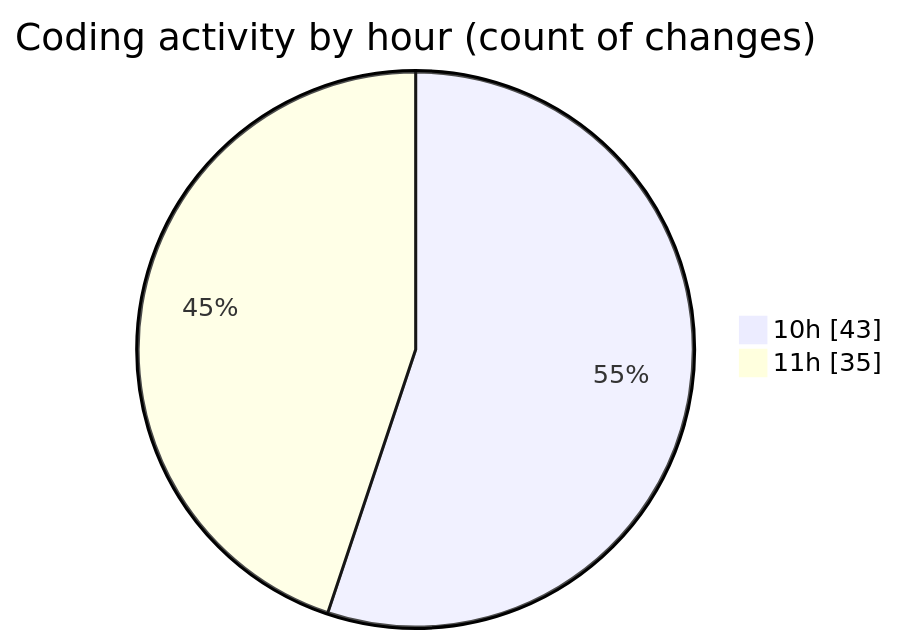
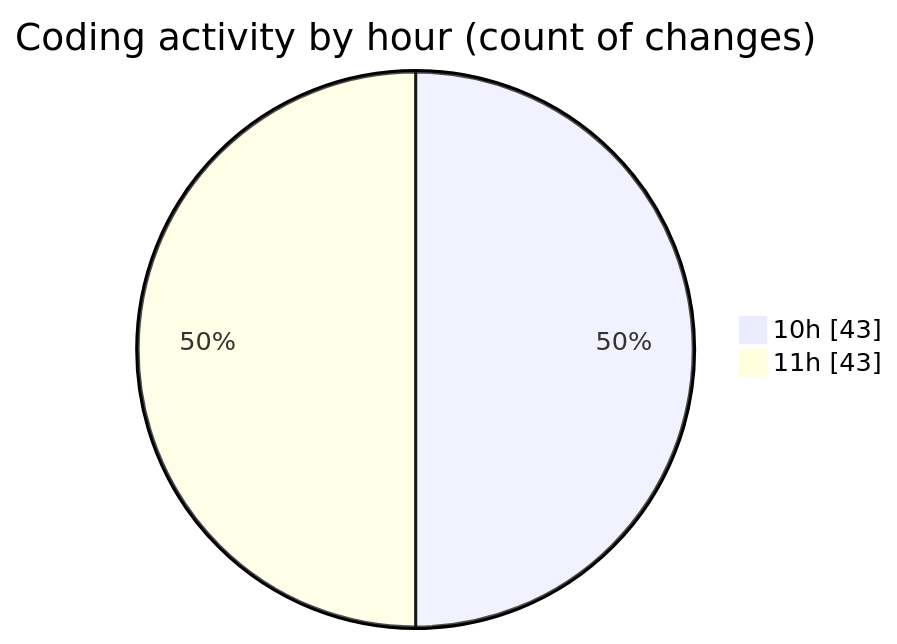
One commit to momahboobian/code-tracking changed the second of 2 diagrams in 2025-02-10/cda/README.md. Above: the diagram before and after it, drawn with Mermaid. The commit also changed other lines of this file and 1 other file, not shown here.

````diff
--- a/2025-02-10/cda/README.md
+++ b/2025-02-10/cda/README.md
@@ -35,6 +35,6 @@
 ```mermaid
 pie showData
 title Coding activity by hour (count of changes)
 "10h" : 43
-"11h" : 35
+"11h" : 43
 ```
````
